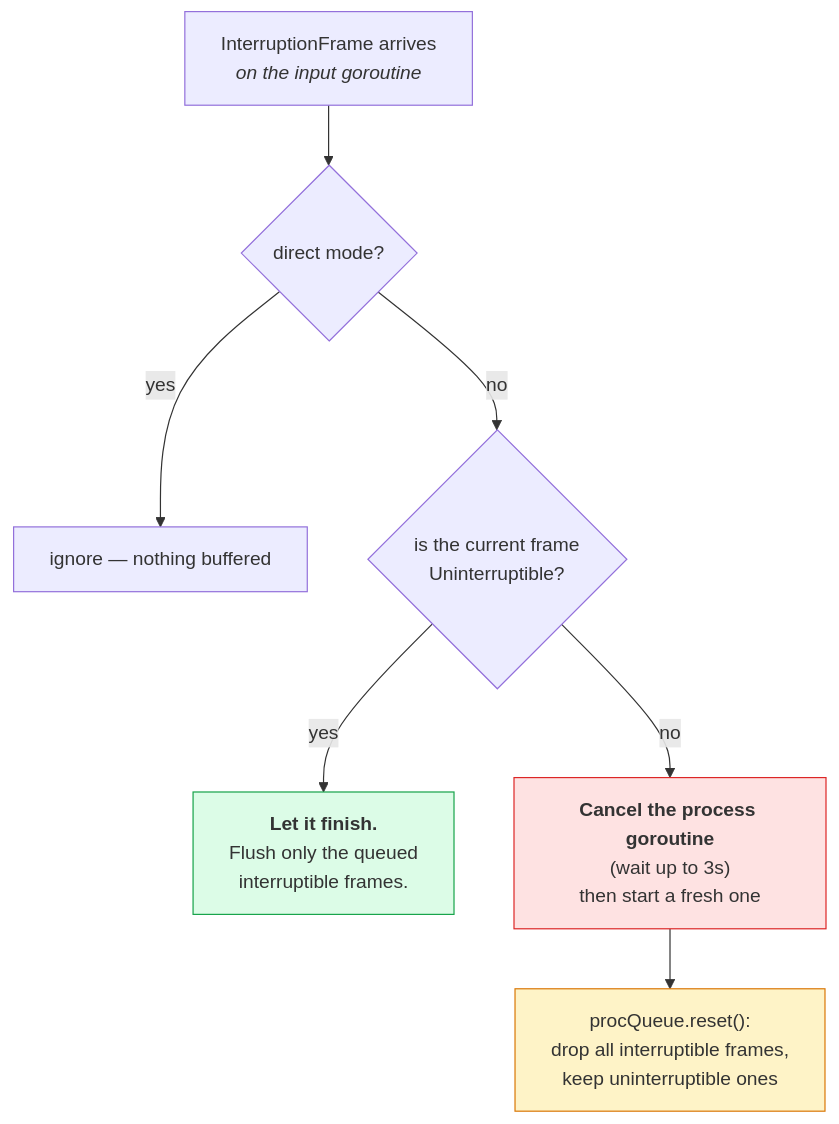
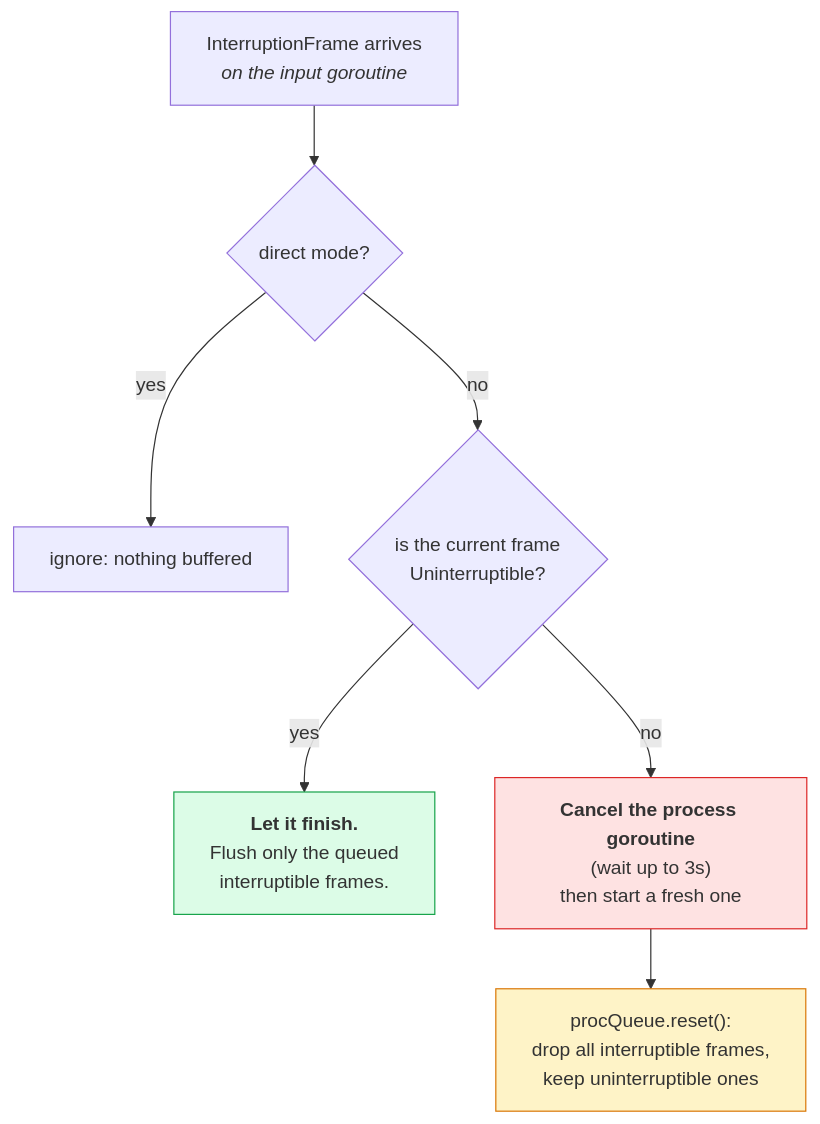
Before and after one commit to gojargo/jargo: the second of 2 diagrams in docs/concepts/interruptions.md, drawn with Mermaid. The commit also changed other lines of this file and 26 other files, not shown here.

````diff
--- a/docs/concepts/interruptions.md
+++ b/docs/concepts/interruptions.md
@@ -58,15 +58,15 @@
 ```mermaid
 flowchart TB
     I["InterruptionFrame arrives<br/><i>on the input goroutine</i>"] --> D{"direct mode?"}
-    D -->|yes| Skip["ignore — nothing buffered"]
+    D -->|yes| Skip["ignore: nothing buffered"]
     D -->|no| U{"is the current frame<br/>Uninterruptible?"}
 
     U -->|yes| Keep["<b>Let it finish.</b><br/>Flush only the queued<br/>interruptible frames."]
     U -->|no| Kill["<b>Cancel the process goroutine</b><br/>(wait up to 3s)<br/>then start a fresh one"]
 
     Kill --> Reset["procQueue.reset():<br/>drop all interruptible frames,<br/>keep uninterruptible ones"]
 
     style Keep fill:#dcfce7,stroke:#16a34a
     style Kill fill:#fee2e2,stroke:#dc2626
     style Reset fill:#fef3c7,stroke:#d97706
 ```
````
